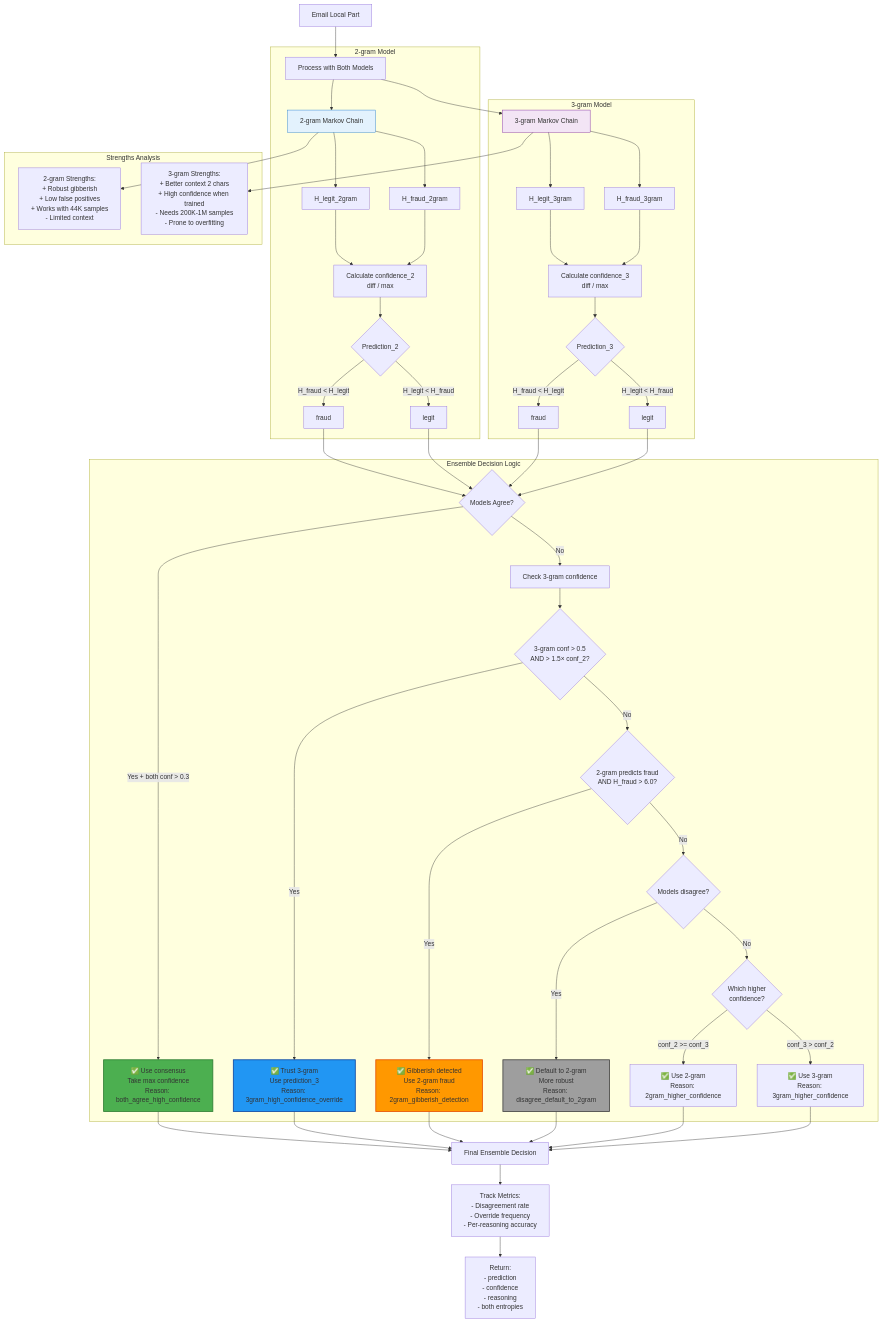
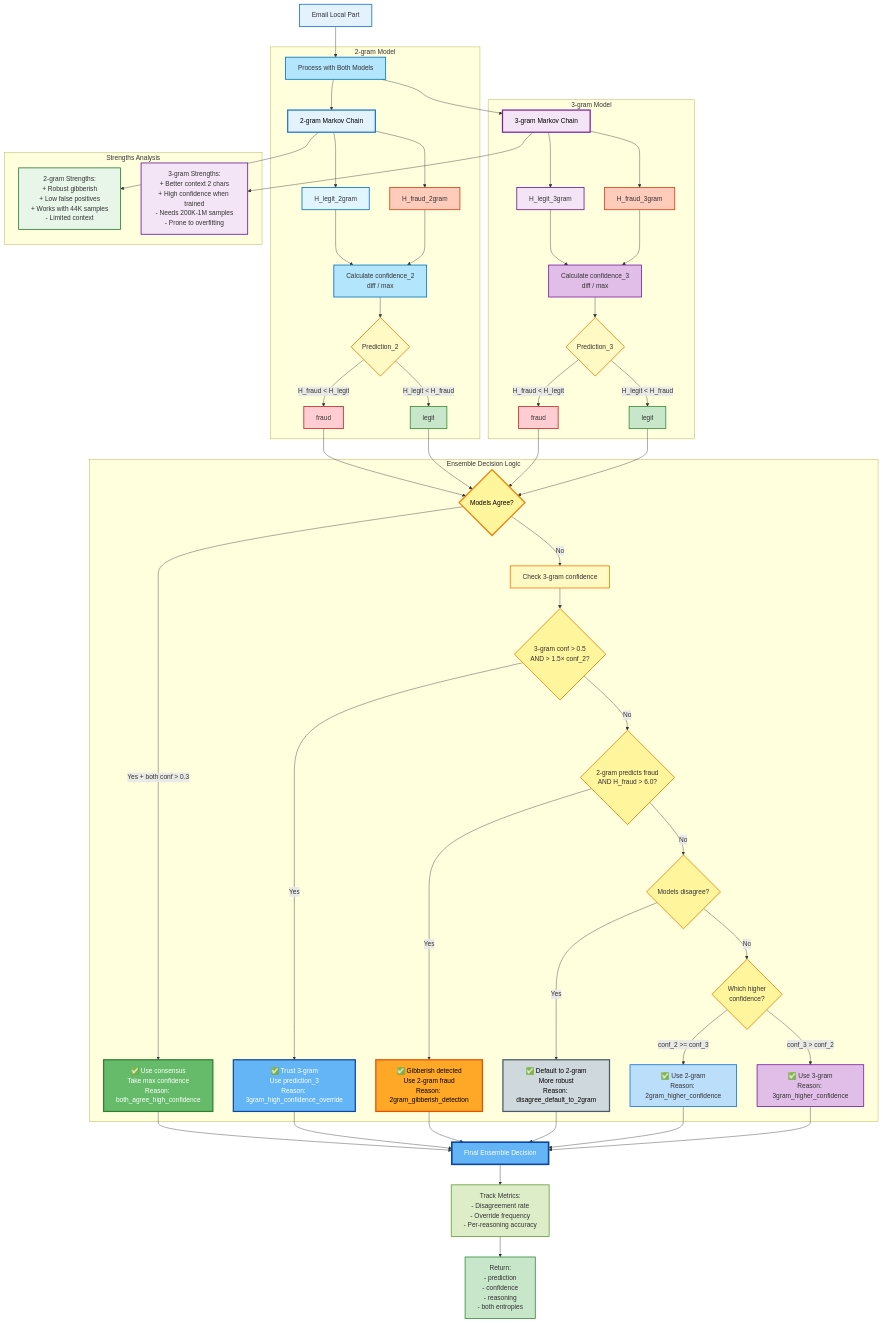
The sixth of 10 diagrams in docs/MARKOV_CHAIN_DIAGRAMS.md (erfianugrah/bogus-email-pattern-recognition), drawn with Mermaid before and after one commit. The commit also changed other lines of this file, not shown here.

First line of the commit message:
Design: Enhance diagram readability with comprehensive color system

````diff
--- a/docs/MARKOV_CHAIN_DIAGRAMS.md
+++ b/docs/MARKOV_CHAIN_DIAGRAMS.md
@@ -568,10 +741,46 @@
 
     METRICS --> OUTPUT[Return:<br/>- prediction<br/>- confidence<br/>- reasoning<br/>- both entropies]
 
-    style RULE1 fill:#4CAF50,stroke:#2E7D32,stroke-width:2px
-    style OVERRIDE fill:#2196F3,stroke:#0D47A1,stroke-width:2px
-    style GIBBERISH fill:#FF9800,stroke:#E65100,stroke-width:2px
-    style DEFAULT fill:#9E9E9E,stroke:#424242,stroke-width:2px
-    style MODEL2 fill:#E3F2FD,stroke:#1976D2
-    style MODEL3 fill:#F3E5F5,stroke:#7B1FA2
+    style START fill:#E3F2FD,stroke:#1976D2,stroke-width:2px
+    style SPLIT fill:#B3E5FC,stroke:#0277BD,stroke-width:2px
+
+    style MODEL2 fill:#E3F2FD,stroke:#1976D2,stroke-width:3px,color:#000
+    style H2L fill:#E1F5FE,stroke:#0277BD,stroke-width:2px
+    style H2F fill:#FFCCBC,stroke:#D84315,stroke-width:2px
+    style CONF2 fill:#B3E5FC,stroke:#0277BD,stroke-width:2px
+    style PRED2 fill:#FFF9C4,stroke:#F57C00,stroke-width:2px
+    style PRED2F fill:#FFCDD2,stroke:#C62828,stroke-width:2px
+    style PRED2L fill:#C8E6C9,stroke:#388E3C,stroke-width:2px
+
+    style MODEL3 fill:#F3E5F5,stroke:#7B1FA2,stroke-width:3px,color:#000
+    style H3L fill:#F3E5F5,stroke:#6A1B9A,stroke-width:2px
+    style H3F fill:#FFCCBC,stroke:#D84315,stroke-width:2px
+    style CONF3 fill:#E1BEE7,stroke:#7B1FA2,stroke-width:2px
+    style PRED3 fill:#FFF9C4,stroke:#F57C00,stroke-width:2px
+    style PRED3F fill:#FFCDD2,stroke:#C62828,stroke-width:2px
+    style PRED3L fill:#C8E6C9,stroke:#388E3C,stroke-width:2px
+
+    style AGREE fill:#FFF59D,stroke:#F57C00,stroke-width:3px,color:#000
+    style RULE1 fill:#66BB6A,stroke:#2E7D32,stroke-width:3px,color:#fff
+
+    style CHECK3 fill:#FFF9C4,stroke:#F57C00,stroke-width:2px
+    style RULE2 fill:#FFF59D,stroke:#F57C00,stroke-width:2px
+    style OVERRIDE fill:#64B5F6,stroke:#0D47A1,stroke-width:3px,color:#fff
+
+    style CHECK_GIBBERISH fill:#FFF59D,stroke:#F57C00,stroke-width:2px
+    style GIBBERISH fill:#FFA726,stroke:#E65100,stroke-width:3px,color:#000
+
+    style DISAGREE fill:#FFF59D,stroke:#F57C00,stroke-width:2px
+    style DEFAULT fill:#CFD8DC,stroke:#455A64,stroke-width:3px,color:#000
+
+    style HIGHER fill:#FFF59D,stroke:#F57C00,stroke-width:2px
+    style USE2 fill:#BBDEFB,stroke:#1976D2,stroke-width:2px
+    style USE3 fill:#E1BEE7,stroke:#7B1FA2,stroke-width:2px
+
+    style S2 fill:#E8F5E9,stroke:#2E7D32,stroke-width:2px
+    style S3 fill:#F3E5F5,stroke:#6A1B9A,stroke-width:2px
+
+    style FINAL fill:#64B5F6,stroke:#0D47A1,stroke-width:4px,color:#fff
+    style METRICS fill:#DCEDC8,stroke:#689F38,stroke-width:2px
+    style OUTPUT fill:#C8E6C9,stroke:#388E3C,stroke-width:2px
 ```
````
